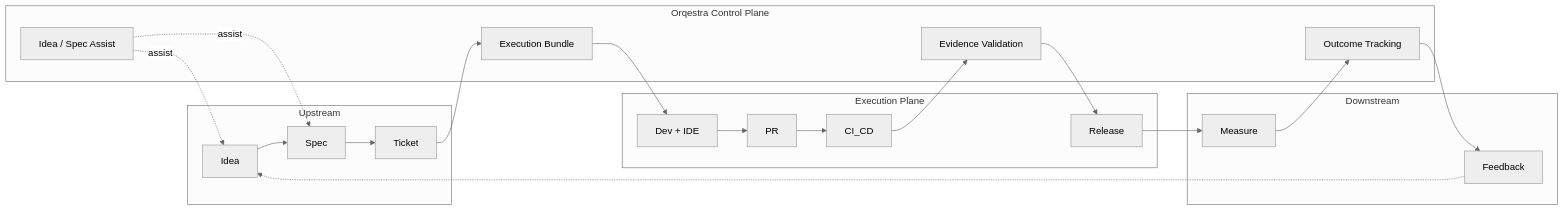
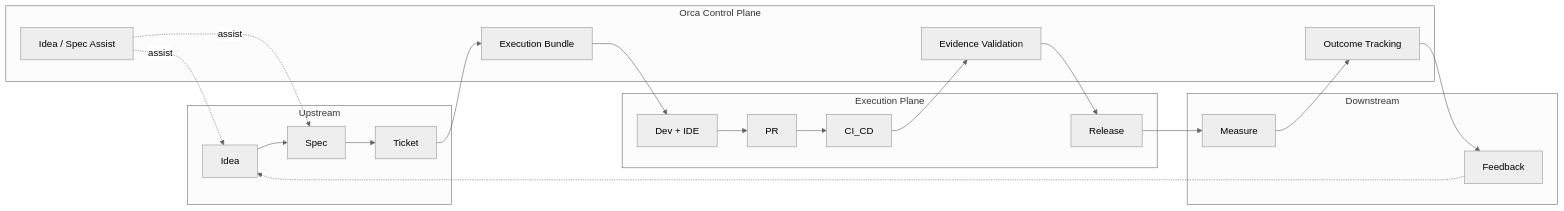
Before and after one commit to raftio/or: the diagram in docs/rfc/rfc-000.md, drawn with Mermaid (neutral theme). The commit also changed other lines of this file and 50 other files, not shown here.

````diff
--- a/docs/rfc/rfc-000.md
+++ b/docs/rfc/rfc-000.md
@@ -11,38 +11,38 @@
 ```mermaid
 flowchart LR
   subgraph upstream [Upstream]
     Idea[Idea]
     Spec[Spec]
     Ticket[Ticket]
   end
-  subgraph orqestra [Orqestra Control Plane]
+  subgraph orca [Orca Control Plane]
     PMAssist[Idea / Spec Assist]
     Bundle[Execution Bundle]
     Validate[Evidence Validation]
     Outcome[Outcome Tracking]
   end
   subgraph execution [Execution Plane]
     Dev[Dev + IDE]
     PR[PR]
     CI[CI_CD]
     Release[Release]
   end
   subgraph downstream [Downstream]
     Measure[Measure]
     Feedback[Feedback]
   end
 
   Idea --> Spec --> Ticket
   Ticket --> Bundle
   PMAssist -.->|assist| Idea
   PMAssist -.->|assist| Spec
   Bundle --> Dev
   Dev --> PR
   PR --> CI
   CI --> Validate
   Validate --> Release
   Release --> Measure
   Measure --> Outcome
   Outcome --> Feedback
   Feedback -.-> Idea
 ```
````
